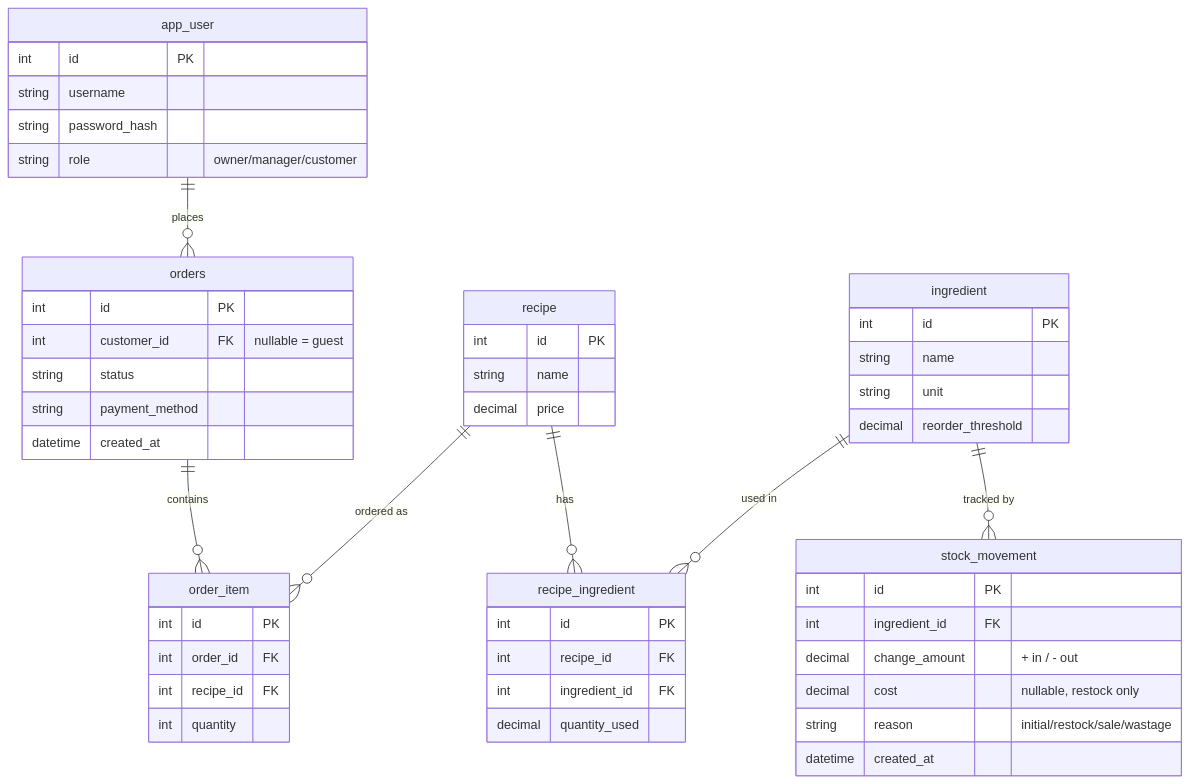
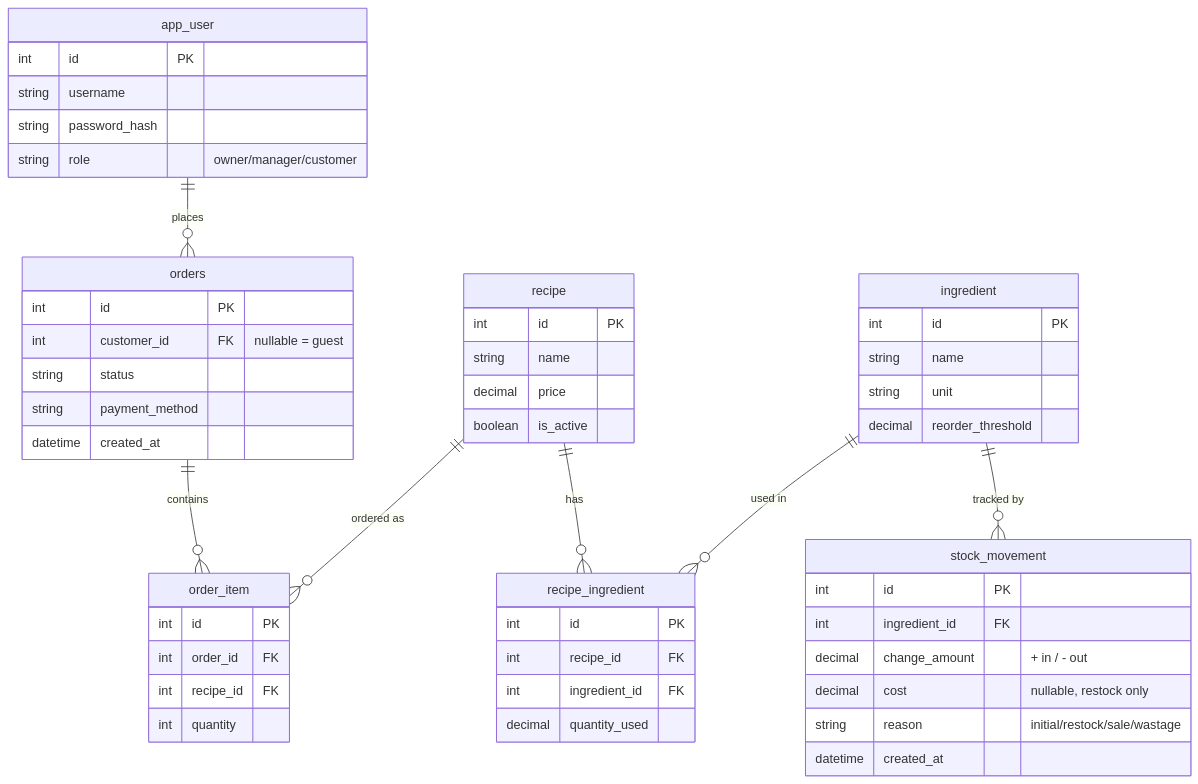
Before and after one commit to ljjiaa/bubble-tea-shop: the diagram in docs/er-diagram.md, drawn with Mermaid.

Commit message:
Add is_active to recipe entity in ERD

````diff
--- a/docs/er-diagram.md
+++ b/docs/er-diagram.md
@@ -1,53 +1,54 @@
 ```mermaid
 erDiagram
     ingredient {
         int id PK
         string name
         string unit
         decimal reorder_threshold
     }
     recipe {
         int id PK
         string name
         decimal price
+        boolean is_active
     }
     recipe_ingredient {
         int id PK
         int recipe_id FK
         int ingredient_id FK
         decimal quantity_used
     }
     orders {
         int id PK
         int customer_id FK "nullable = guest"
         string status
         string payment_method
         datetime created_at
     }
     order_item {
         int id PK
         int order_id FK
         int recipe_id FK
         int quantity
     }
     stock_movement {
         int id PK
         int ingredient_id FK
         decimal change_amount "+ in / - out"
         decimal cost "nullable, restock only"
         string reason "initial/restock/sale/wastage"
         datetime created_at
     }
     app_user {
         int id PK
         string username
         string password_hash
         string role "owner/manager/customer"
     }
     recipe ||--o{ recipe_ingredient : "has"
     ingredient ||--o{ recipe_ingredient : "used in"
     orders ||--o{ order_item : "contains"
     recipe ||--o{ order_item : "ordered as"
     ingredient ||--o{ stock_movement : "tracked by"
     app_user ||--o{ orders : "places"
 ```
````
